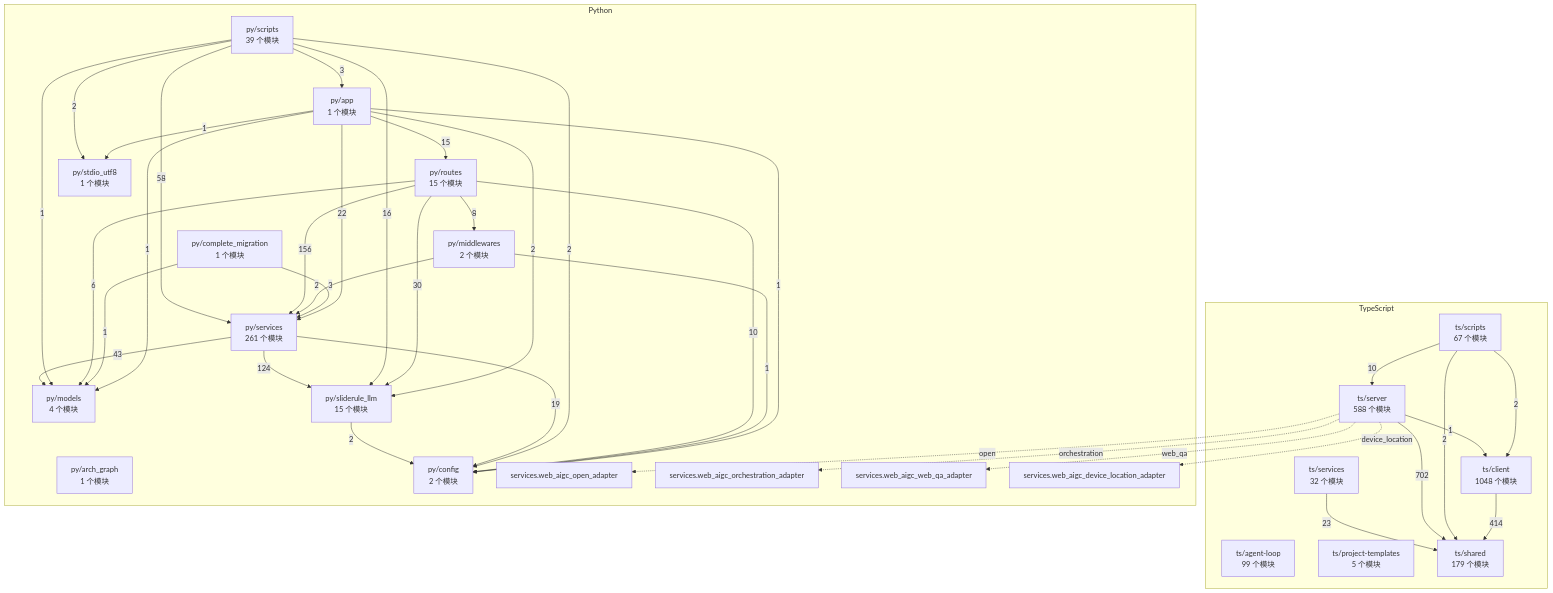
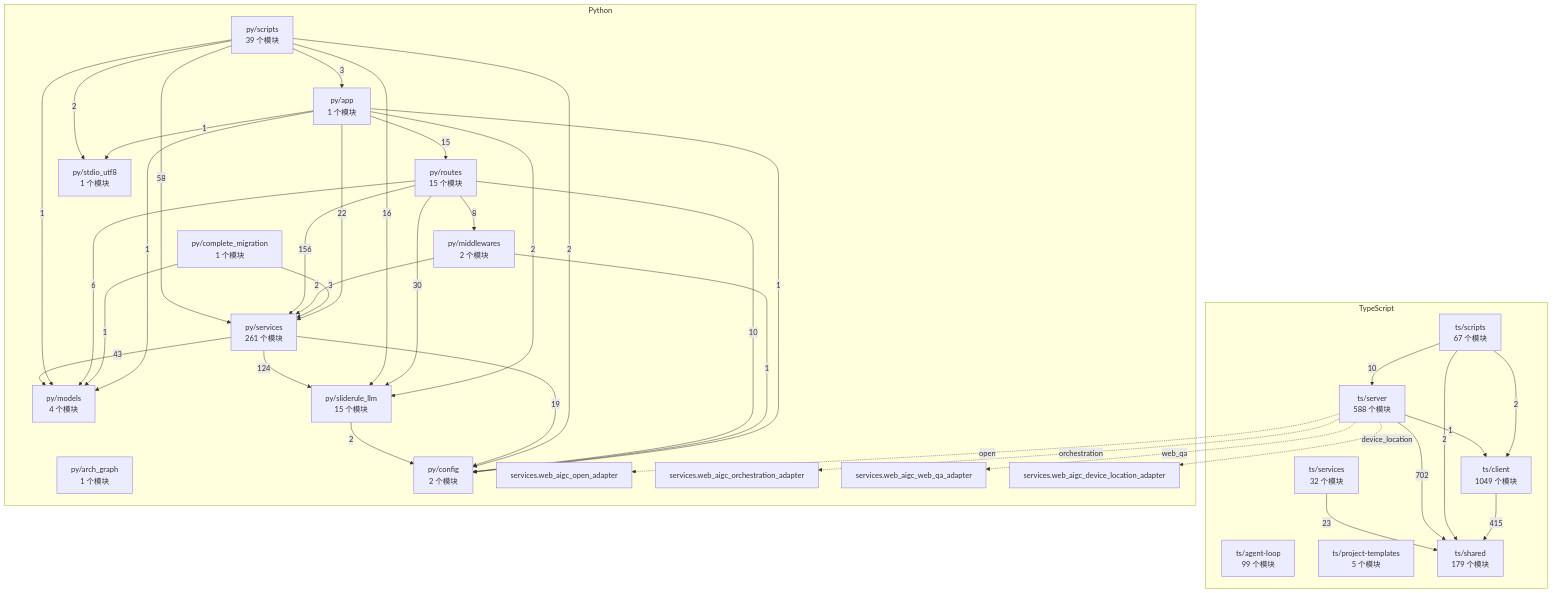
The diagram in docs/WhyBuddy 全仓架构图（自动生成）.md (2686521696/WhyBuddy), drawn with Mermaid before and after one commit. The commit also changed 5 other files, not shown here.

````diff
--- a/docs/WhyBuddy 全仓架构图（自动生成）.md
+++ b/docs/WhyBuddy 全仓架构图（自动生成）.md
@@ -14,65 +14,65 @@
 ```mermaid
 flowchart TB
   subgraph ts [TypeScript]
     ts_agent_loop["ts/agent-loop<br/>99 个模块"]
-    ts_client["ts/client<br/>1048 个模块"]
+    ts_client["ts/client<br/>1049 个模块"]
     ts_project_templates["ts/project-templates<br/>5 个模块"]
     ts_scripts["ts/scripts<br/>67 个模块"]
     ts_server["ts/server<br/>588 个模块"]
     ts_services["ts/services<br/>32 个模块"]
     ts_shared["ts/shared<br/>179 个模块"]
   end
   subgraph py [Python]
     py_app["py/app<br/>1 个模块"]
     py_arch_graph["py/arch_graph<br/>1 个模块"]
     py_complete_migration["py/complete_migration<br/>1 个模块"]
     py_config["py/config<br/>2 个模块"]
     py_middlewares["py/middlewares<br/>2 个模块"]
     py_models["py/models<br/>4 个模块"]
     py_routes["py/routes<br/>15 个模块"]
     py_scripts["py/scripts<br/>39 个模块"]
     py_services["py/services<br/>261 个模块"]
     py_sliderule_llm["py/sliderule_llm<br/>15 个模块"]
     py_stdio_utf8["py/stdio_utf8<br/>1 个模块"]
     py_services_web_aigc_open_adapter["services.web_aigc_open_adapter"]
     py_services_web_aigc_orchestration_adapter["services.web_aigc_orchestration_adapter"]
     py_services_web_aigc_web_qa_adapter["services.web_aigc_web_qa_adapter"]
     py_services_web_aigc_device_location_adapter["services.web_aigc_device_location_adapter"]
   end
-  ts_client -->|414| ts_shared
+  ts_client -->|415| ts_shared
   ts_scripts -->|2| ts_client
   ts_scripts -->|10| ts_server
   ts_scripts -->|2| ts_shared
   ts_server -->|1| ts_client
   ts_server -->|702| ts_shared
   ts_services -->|23| ts_shared
   py_app -->|1| py_config
   py_app -->|1| py_models
   py_app -->|15| py_routes
   py_app -->|22| py_services
   py_app -->|2| py_sliderule_llm
   py_app -->|1| py_stdio_utf8
   py_complete_migration -->|1| py_models
   py_complete_migration -->|3| py_services
   py_middlewares -->|1| py_config
   py_middlewares -->|2| py_services
   py_routes -->|10| py_config
   py_routes -->|8| py_middlewares
   py_routes -->|6| py_models
   py_routes -->|156| py_services
   py_routes -->|30| py_sliderule_llm
   py_scripts -->|3| py_app
   py_scripts -->|2| py_config
   py_scripts -->|1| py_models
   py_scripts -->|58| py_services
   py_scripts -->|16| py_sliderule_llm
   py_scripts -->|2| py_stdio_utf8
   py_services -->|19| py_config
   py_services -->|43| py_models
   py_services -->|124| py_sliderule_llm
   py_sliderule_llm -->|2| py_config
   ts_server -.->|open| py_services_web_aigc_open_adapter
   ts_server -.->|orchestration| py_services_web_aigc_orchestration_adapter
   ts_server -.->|web_qa| py_services_web_aigc_web_qa_adapter
   ts_server -.->|device_location| py_services_web_aigc_device_location_adapter
 ```
````
